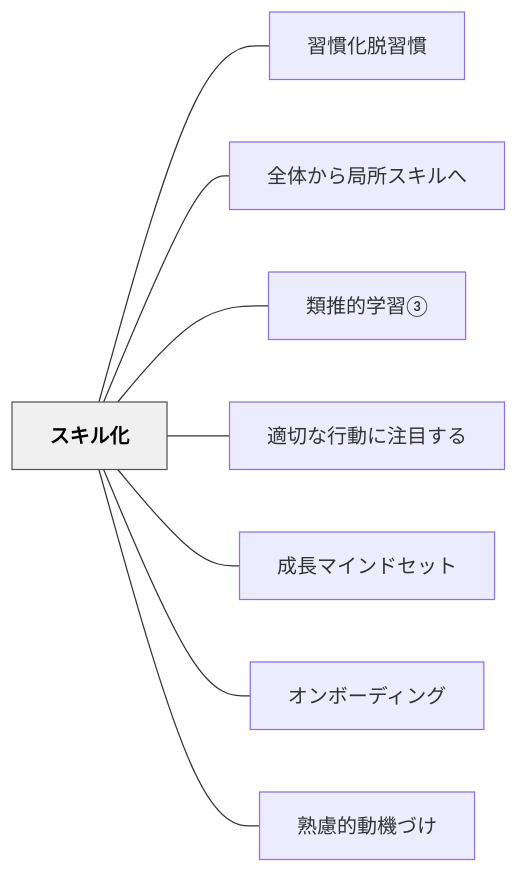
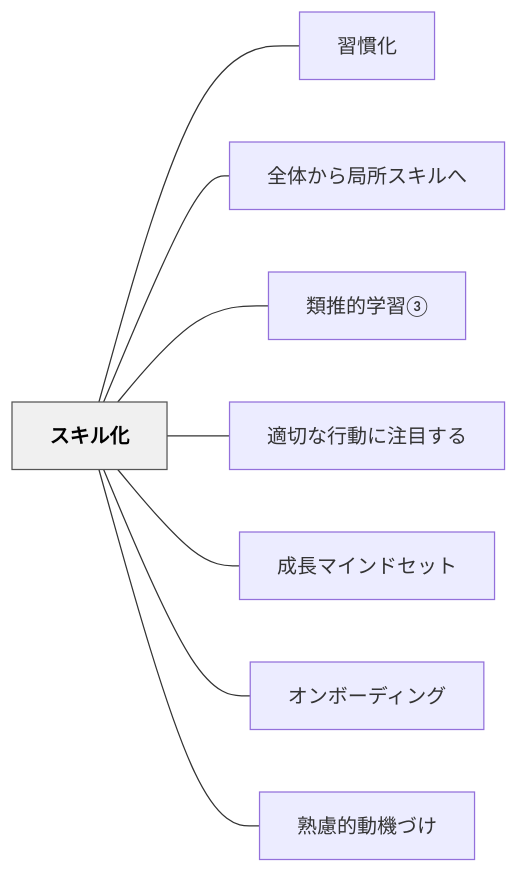
Before and after one commit to unknownthings-ed-patterns/unknownthings-ed-patterns: the diagram in content/パタン/スキル化.md, drawn with Mermaid. The commit also changed other lines of this file and 23 other files, not shown here.

````diff
--- a/content/パタン/スキル化.md
+++ b/content/パタン/スキル化.md
@@ -95,22 +95,22 @@
 ```mermaid
 flowchart LR
     ne382b9e382ade383abe58c96["スキル化"]
-    ne7bf92e685a3e58c96e884b1e7bf92e685a3["習慣化脱習慣"]
+    ne7bf92e685a3e58c96["習慣化"]
     ne585a8e4bd93e3818be38289e5b180e68980e382b9e382ade383abe381b8["全体から局所スキルへ"]
     ne9a19ee68ea8e79a84e5ada6e7bf92e291a2["類推的学習③"]
     ne981a9e58887e381aae8a18ce58b95e381abe6b3a8e79baee38199e3828b["適切な行動に注目する"]
     ne68890e995b7e3839ee382a4e383b3e38389e382bbe38383e38388["成長マインドセット"]
     ne382aae383b3e3839ce383bce38387e382a3e383b3e382b0["オンボーディング"]
     ne7869fe685aee79a84e58b95e6a99fe381a5e38191["熟慮的動機づけ"]
 
-    ne382b9e382ade383abe58c96 --- ne7bf92e685a3e58c96e884b1e7bf92e685a3
+    ne382b9e382ade383abe58c96 --- ne7bf92e685a3e58c96
     ne382b9e382ade383abe58c96 --- ne585a8e4bd93e3818be38289e5b180e68980e382b9e382ade383abe381b8
     ne382b9e382ade383abe58c96 --- ne9a19ee68ea8e79a84e5ada6e7bf92e291a2
     ne382b9e382ade383abe58c96 --- ne981a9e58887e381aae8a18ce58b95e381abe6b3a8e79baee38199e3828b
     ne382b9e382ade383abe58c96 --- ne68890e995b7e3839ee382a4e383b3e38389e382bbe38383e38388
     ne382b9e382ade383abe58c96 --- ne382aae383b3e3839ce383bce38387e382a3e383b3e382b0
     ne382b9e382ade383abe58c96 --- ne7869fe685aee79a84e58b95e6a99fe381a5e38191
 
     classDef hub fill:#f0f0f0,stroke:#555,color:#000,font-weight:bold
     class ne382b9e382ade383abe58c96 hub
 ```
````
